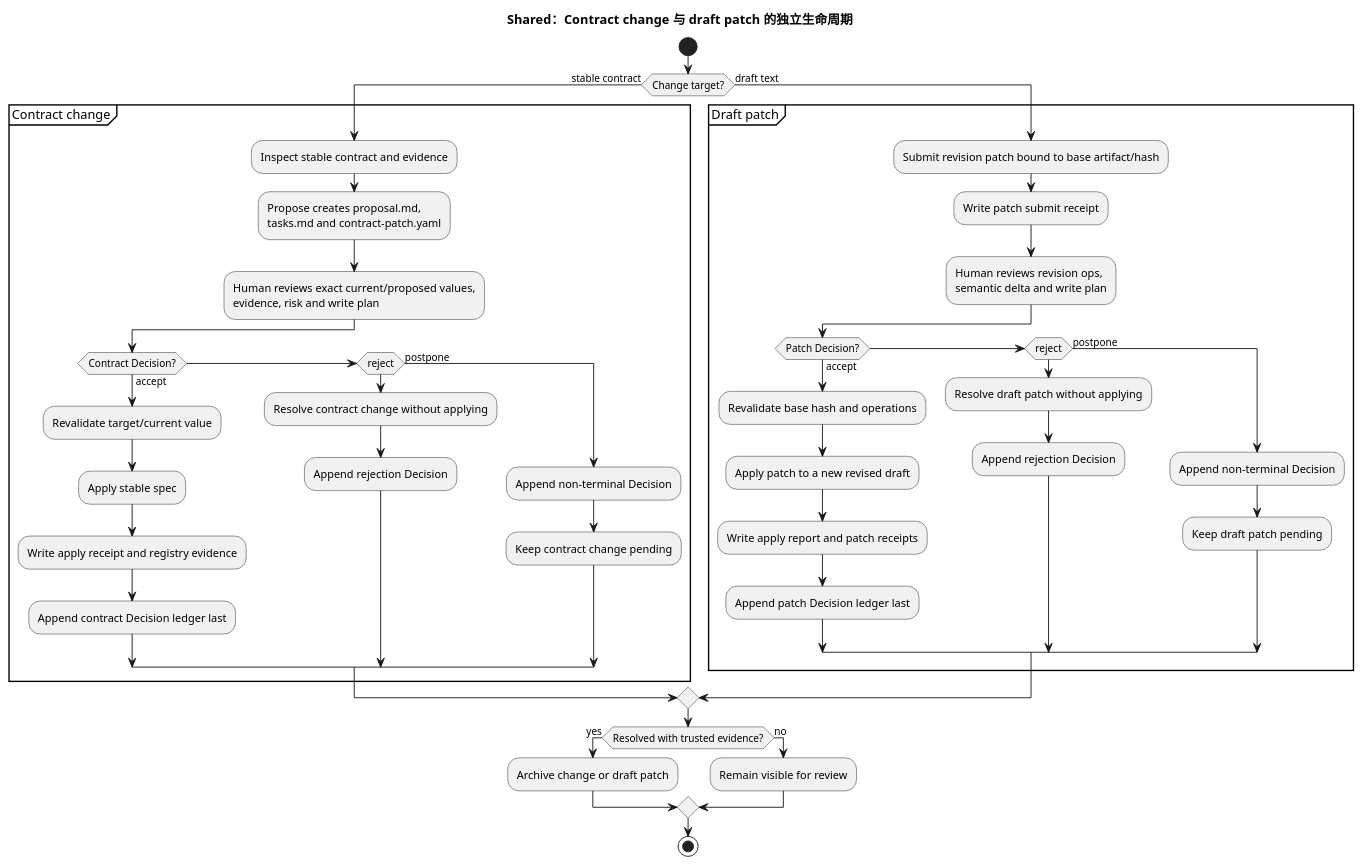
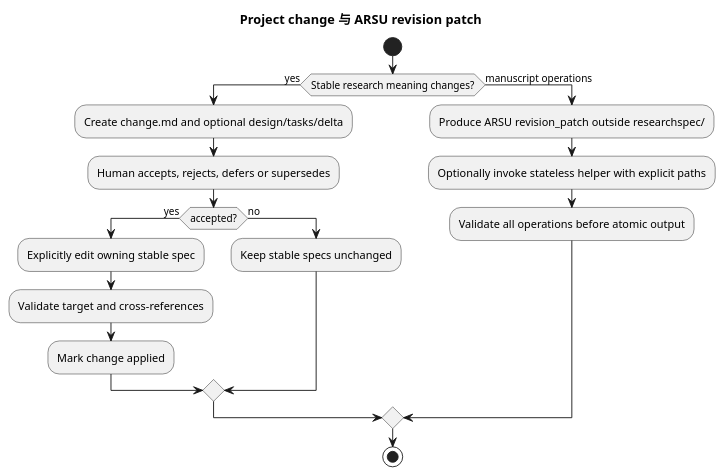
The diagram in docs/researchspec_arsu_runtime/diagrams/src/contract-change-lifecycle.puml (leike0813/ResearchSpec), drawn with PlantUML before and after one commit. The commit also changed 89 other files, not shown here.

```diff
--- a/docs/researchspec_arsu_runtime/diagrams/src/contract-change-lifecycle.puml
+++ b/docs/researchspec_arsu_runtime/diagrams/src/contract-change-lifecycle.puml
@@ -1,51 +1,21 @@
 @startuml
-title Shared：Contract change 与 draft patch 的独立生命周期
+title Project change 与 ARSU revision patch
 skinparam shadowing false
 start
-if (Change target?) then (stable contract)
-  partition "Contract change" {
-    :Inspect stable contract and evidence;
-    :Propose creates proposal.md,
-    tasks.md and contract-patch.yaml;
-    :Human reviews exact current/proposed values,
-    evidence, risk and write plan;
-    if (Contract Decision?) then (accept)
-      :Revalidate target/current value;
-      :Apply stable spec;
-      :Write apply receipt and registry evidence;
-      :Append contract Decision ledger last;
-    elseif (reject)
-      :Resolve contract change without applying;
-      :Append rejection Decision;
-    else (postpone)
-      :Append non-terminal Decision;
-      :Keep contract change pending;
-    endif
-  }
-else (draft text)
-  partition "Draft patch" {
-    :Submit revision patch bound to base artifact/hash;
-    :Write patch submit receipt;
-    :Human reviews revision ops,
-    semantic delta and write plan;
-    if (Patch Decision?) then (accept)
-      :Revalidate base hash and operations;
-      :Apply patch to a new revised draft;
-      :Write apply report and patch receipts;
-      :Append patch Decision ledger last;
-    elseif (reject)
-      :Resolve draft patch without applying;
-      :Append rejection Decision;
-    else (postpone)
-      :Append non-terminal Decision;
-      :Keep draft patch pending;
-    endif
-  }
-endif
-if (Resolved with trusted evidence?) then (yes)
-  :Archive change or draft patch;
-else (no)
-  :Remain visible for review;
+if (Stable research meaning changes?) then (yes)
+  :Create change.md and optional design/tasks/delta;
+  :Human accepts, rejects, defers or supersedes;
+  if (accepted?) then (yes)
+    :Explicitly edit owning stable spec;
+    :Validate target and cross-references;
+    :Mark change applied;
+  else (no)
+    :Keep stable specs unchanged;
+  endif
+else (manuscript operations)
+  :Produce ARSU revision_patch outside researchspec/;
+  :Optionally invoke stateless helper with explicit paths;
+  :Validate all operations before atomic output;
 endif
 stop
 @enduml
```
